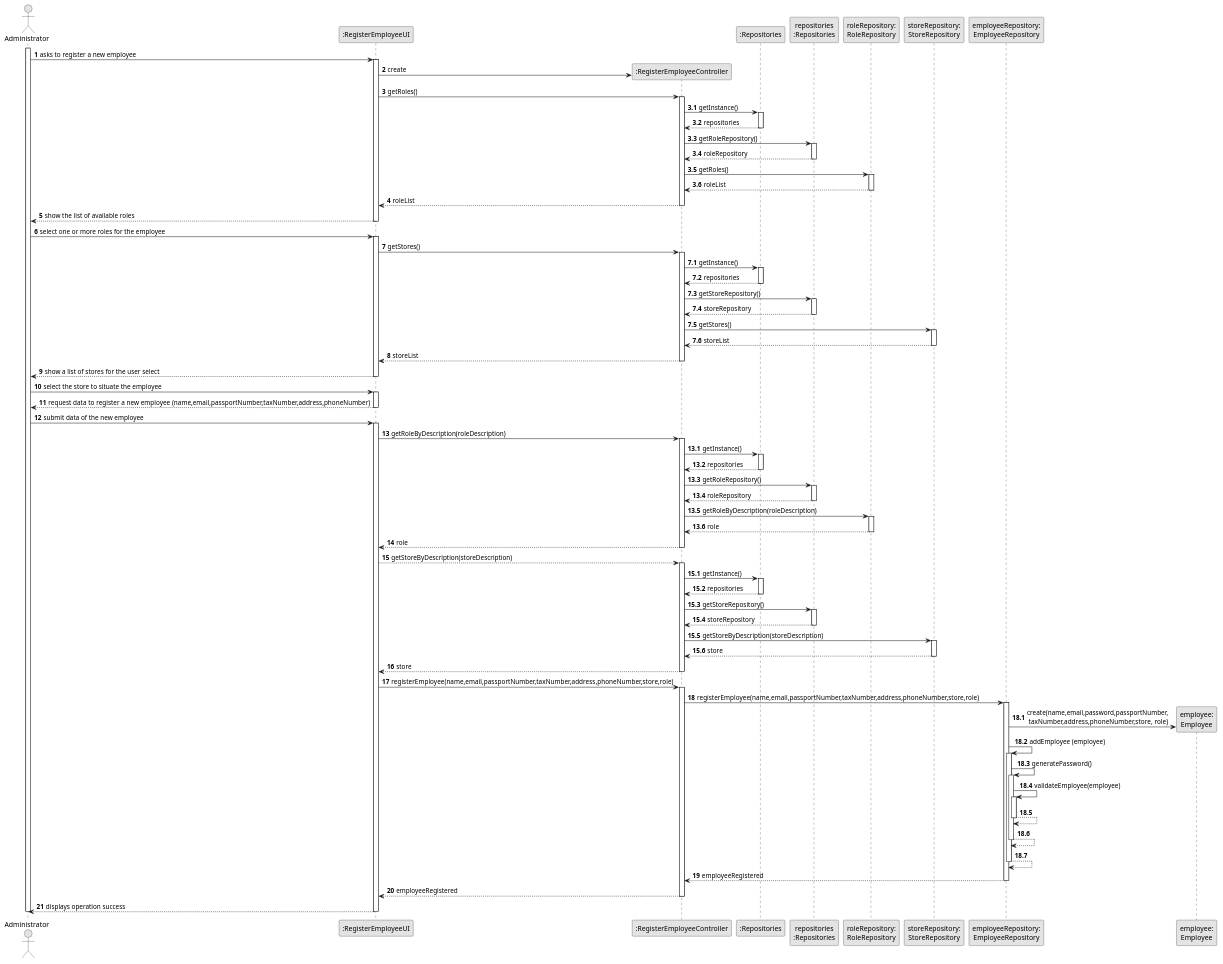
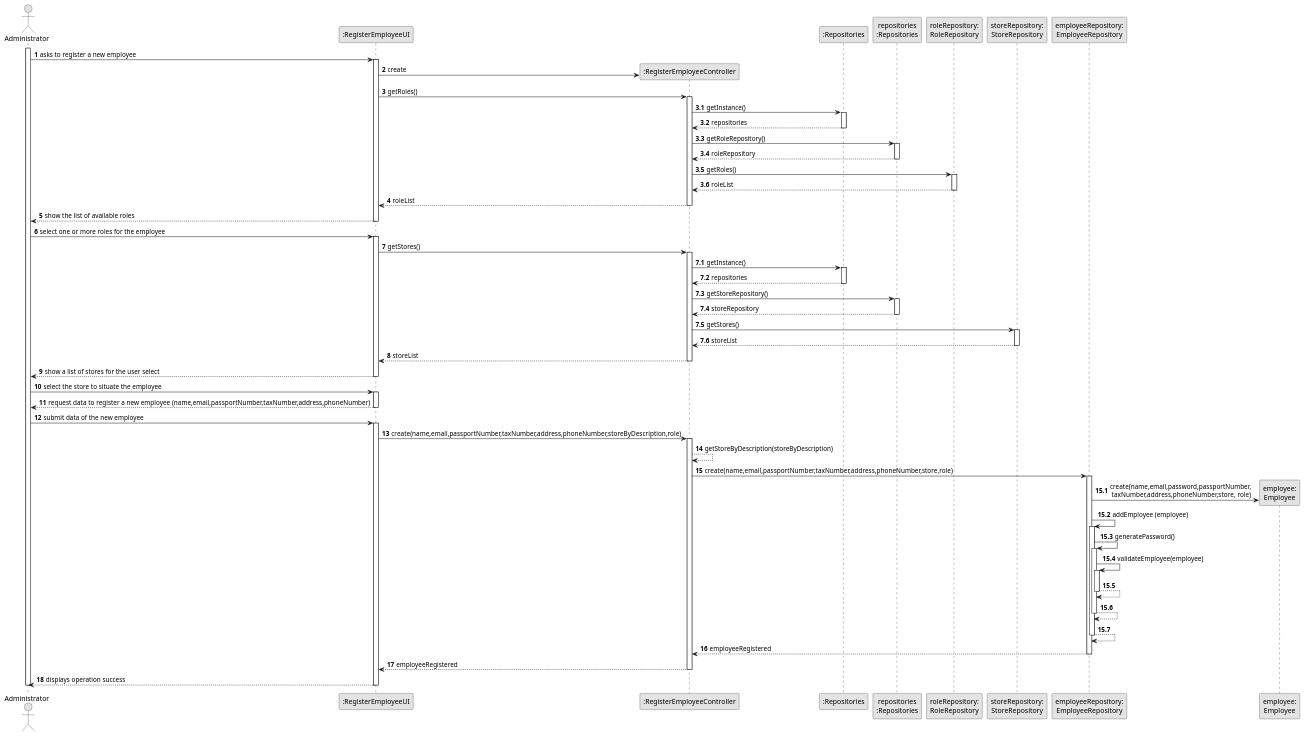
The diagram in docs/sprintD/us003/03.design/puml/us003-sequence-diagram-full.puml (Shushizinho/RealEstateUSASystem), drawn with PlantUML before and after one commit. The commit also changed 10 other files, not shown here.

Commit message:
update US3 UI, Controller and SD (As a system administrator, I want to register a new employee.)

```diff
--- a/docs/sprintD/us003/03.design/puml/us003-sequence-diagram-full.puml
+++ b/docs/sprintD/us003/03.design/puml/us003-sequence-diagram-full.puml
@@ -1,197 +1,143 @@
 @startuml
 skinparam monochrome true
 skinparam packageStyle rectangle
 skinparam shadowing false
 
 autonumber
 
 'hide footbox
 actor "Administrator" as ADM
 participant ":RegisterEmployeeUI" as UI
 participant ":RegisterEmployeeController" as CTRL
 participant ":Repositories" as RepositorySingleton
 participant "repositories\n:Repositories" as PLAT
 participant "roleRepository:\nRoleRepository" as ROLR
 participant "storeRepository:\nStoreRepository" as STRR
 participant "employeeRepository:\nEmployeeRepository" as EMPR
 participant "employee:\nEmployee" as EMPL
 
 activate ADM
    ADM -> UI : asks to register a new employee
 
     activate UI
 
     UI-> CTRL** : create
 
     UI -> CTRL : getRoles()
                     activate CTRL
                     autonumber 3.1
                             CTRL -> RepositorySingleton : getInstance()
                             activate RepositorySingleton
 
                                 RepositorySingleton --> CTRL: repositories
                             deactivate RepositorySingleton
 
                             CTRL -> PLAT : getRoleRepository()
                             activate PLAT
 
                                 PLAT --> CTRL : roleRepository
                             deactivate PLAT
 
                             CTRL -> ROLR : getRoles()
                             activate ROLR
 
                                 ROLR --> CTRL : roleList
 
                             deactivate ROLR
 
 
 
                         autonumber 4
                         CTRL-->UI :  roleList
                     deactivate CTRL
                     UI --> ADM : show the list of available roles
 
         deactivate UI
 
         ADM -> UI : select one or more roles for the employee
 
         activate UI
 
          UI -> CTRL : getStores()
                     activate CTRL
                     autonumber 7.1
                             CTRL -> RepositorySingleton : getInstance()
                             activate RepositorySingleton
 
                                 RepositorySingleton --> CTRL: repositories
                             deactivate RepositorySingleton
 
                             CTRL -> PLAT : getStoreRepository()
                             activate PLAT
 
                                 PLAT --> CTRL : storeRepository
                             deactivate PLAT
 
                             CTRL -> STRR : getStores()
                             activate STRR
 
                                 STRR --> CTRL : storeList
 
                             deactivate STRR
 
                         autonumber 8
                         CTRL-->UI : storeList
                     deactivate CTRL
                     UI --> ADM : show a list of stores for the user select
 
         deactivate UI
 
     ADM -> UI : select the store to situate the employee
     activate UI
 
     UI --> ADM : request data to register a new employee (name,email,passportNumber,taxNumber,address,phoneNumber)
 
     deactivate UI
 
     ADM -> UI : submit data of the new employee
 
     activate UI
 
-    UI -> CTRL: getRoleByDescription(roleDescription)
+
+
+    UI -> CTRL: create(name,email,passportNumber,taxNumber,address,phoneNumber,storeByDescription,role)
 
     activate CTRL
-
-        autonumber 13.1
-            CTRL -> RepositorySingleton : getInstance()
-            activate RepositorySingleton
-
-                RepositorySingleton --> CTRL: repositories
-            deactivate RepositorySingleton
-
-            CTRL -> PLAT : getRoleRepository()
-            activate PLAT
-
-                PLAT --> CTRL : roleRepository
-            deactivate PLAT
-
-            CTRL -> ROLR : getRoleByDescription(roleDescription)
-            activate ROLR
-
-                ROLR --> CTRL : role
-            deactivate ROLR
-
-
-    autonumber 14
-    CTRL --> UI: role
-
-    deactivate CTRL
-
-    UI --> CTRL: getStoreByDescription(storeDescription)
-
-        activate CTRL
-
-            autonumber 15.1
-                CTRL -> RepositorySingleton : getInstance()
-                activate RepositorySingleton
-
-                    RepositorySingleton --> CTRL: repositories
-                deactivate RepositorySingleton
-
-                CTRL -> PLAT : getStoreRepository()
-                activate PLAT
-
-                    PLAT --> CTRL : storeRepository
-                deactivate PLAT
-
-                CTRL -> STRR : getStoreByDescription(storeDescription)
-                activate STRR
-
-                    STRR --> CTRL : store
-                deactivate STRR
-
-        autonumber 16
-        CTRL --> UI: store
-
-        deactivate CTRL
-
-    UI -> CTRL: registerEmployee(name,email,passportNumber,taxNumber,address,phoneNumber,store,role)
-
-    activate CTRL
-    CTRL -> EMPR: registerEmployee(name,email,passportNumber,taxNumber,address,phoneNumber,store,role)
+     CTRL-->CTRL: getStoreByDescription(storeByDescription)
+    CTRL -> EMPR: create(name,email,passportNumber,taxNumber,address,phoneNumber,store,role)
 
     activate EMPR
 
 
-    autonumber 18.1
+    autonumber 15.1
 
                     EMPR -> EMPL**: create(name,email,password,passportNumber,\n taxNumber,address,phoneNumber,store, role)
                     EMPR -> EMPR: addEmployee (employee)
 
                     activate EMPR
                             EMPR -> EMPR: generatePassword()
 
                             activate EMPR
                             EMPR -> EMPR: validateEmployee(employee)
                             activate EMPR
                                 EMPR --> EMPR
                             deactivate EMPR
                             EMPR --> EMPR
                         deactivate EMPR
                         EMPR --> EMPR
                     deactivate EMPR
 
-    autonumber 19
+    autonumber 16
 
      EMPR --> CTRL:  employeeRegistered
      deactivate EMPR
 
      CTRL --> UI: employeeRegistered
      deactivate CTRL
 
         UI --> ADM : displays operation success
 
     deactivate UI
 deactivate ADM
 
 @enduml
```
